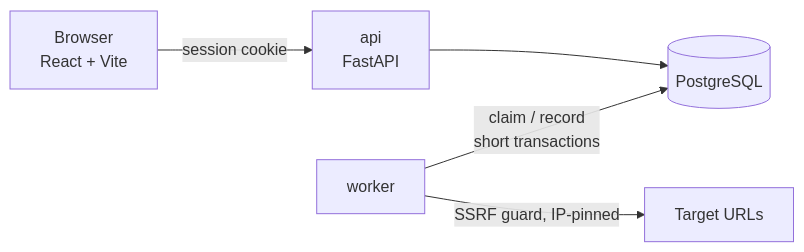
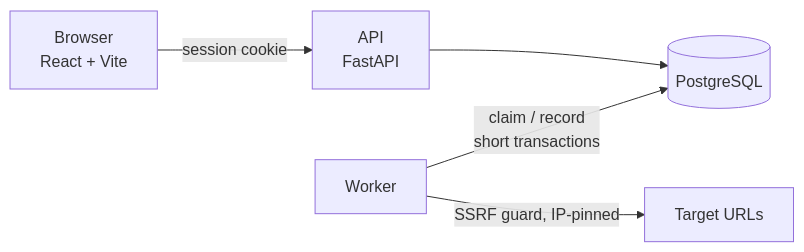
Before and after one commit to TheInfiniteLoop22/SignalNest: the diagram in README.md, drawn with Mermaid. The commit also changed other lines of this file and 9 other files, not shown here.

````diff
--- a/README.md
+++ b/README.md
@@ -39,7 +145,7 @@
 ```mermaid
 flowchart LR
-    U[Browser<br/>React + Vite] -->|session cookie| API[api<br/>FastAPI]
+    U[Browser<br/>React + Vite] -->|session cookie| API[API<br/>FastAPI]
     API --> DB[(PostgreSQL)]
-    W[worker] -->|claim / record<br/>short transactions| DB
+    W[Worker] -->|claim / record<br/>short transactions| DB
     W -->|SSRF guard, IP-pinned| T[Target URLs]
 ```
````
